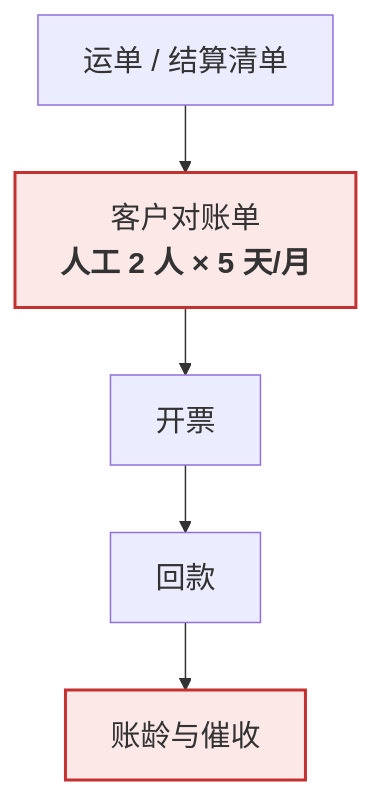
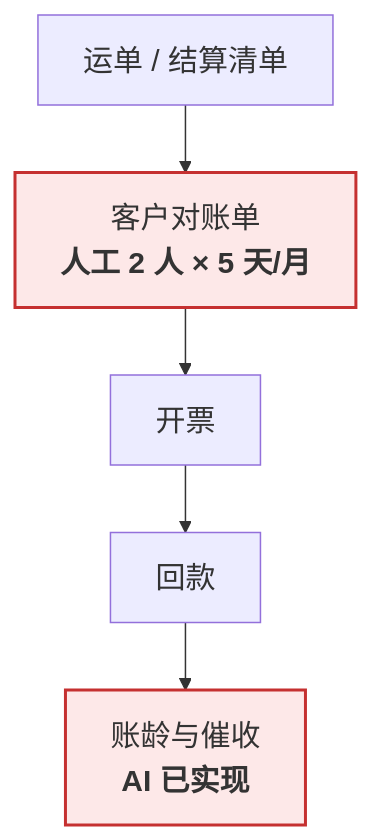
The second of 4 diagrams in 会客包/10_业务与财务流程图.md (roma007/Enterprise-AI), drawn with Mermaid before and after one commit. The commit also changed other lines of this file and 7 other files, not shown here.

````diff
--- a/会客包/10_业务与财务流程图.md
+++ b/会客包/10_业务与财务流程图.md
@@ -78,14 +78,14 @@
 ```mermaid
 %%{init: {"themeVariables": {"fontSize": "20px", "fontFamily": "-apple-system, \"PingFang SC\", sans-serif"}, "flowchart": {"useMaxWidth": false, "nodeSpacing": 50, "rankSpacing": 45, "wrappingWidth": 340, "htmlLabels": true}}}%%
 flowchart TB
   R1["运单 / 结算清单"]
   R2["客户对账单<br/><b>人工 2 人 × 5 天/月</b>"]
   R3["开票"]
   R4["回款"]
-  R5["账龄与催收"]
+  R5["账龄与催收<br/><b>AI 已实现</b>"]
 
   R1 --> R2 --> R3 --> R4 --> R5
 
   classDef pain fill:#fde8e8,stroke:#c53030,stroke-width:2px
   class R2,R5 pain
 ```
````
